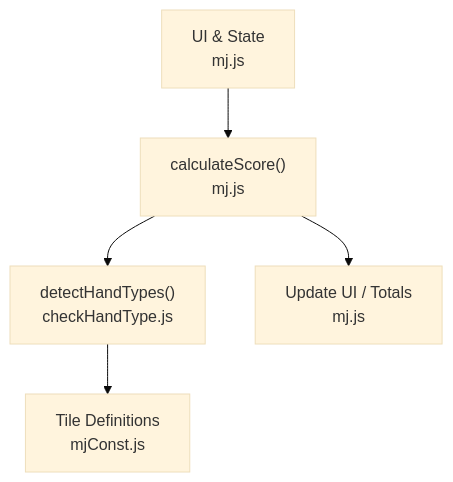
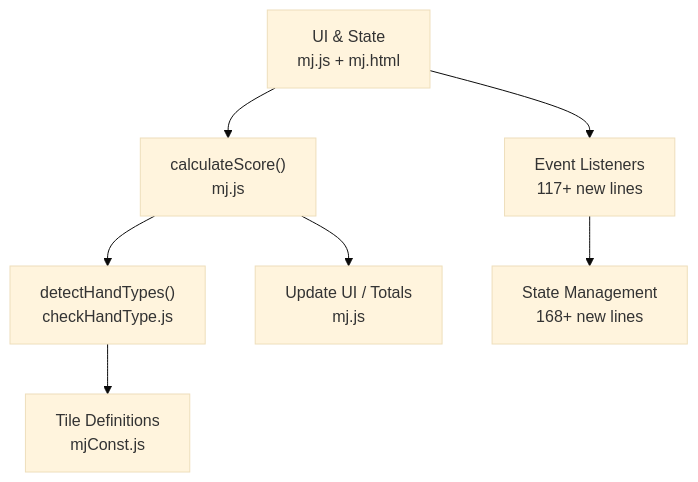
The first of 7 diagrams in .qoder/repowiki/en/content/Scoring System Reference/Special Conditions and Bonuses.md (stc05168/ov-mj-calculator), drawn with Mermaid (base theme) before and after one commit. The commit also changed other lines of this file and 69 other files, not shown here.

````diff
--- a/.qoder/repowiki/en/content/Scoring System Reference/Special Conditions and Bonuses.md
+++ b/.qoder/repowiki/en/content/Scoring System Reference/Special Conditions and Bonuses.md
@@ -30,7 +41,9 @@
 ```mermaid
 graph TB
-UI["UI & State<br/>mj.js"] --> ScoreCalc["calculateScore()<br/>mj.js"]
+UI["UI & State<br/>mj.js + mj.html"] --> ScoreCalc["calculateScore()<br/>mj.js"]
 ScoreCalc --> Detect["detectHandTypes()<br/>checkHandType.js"]
 Detect --> Types["Tile Definitions<br/>mjConst.js"]
 ScoreCalc --> Display["Update UI / Totals<br/>mj.js"]
+UI --> EventHandlers["Event Listeners<br/>117+ new lines"]
+EventHandlers --> StateFlags["State Management<br/>168+ new lines"]
 ```
````
